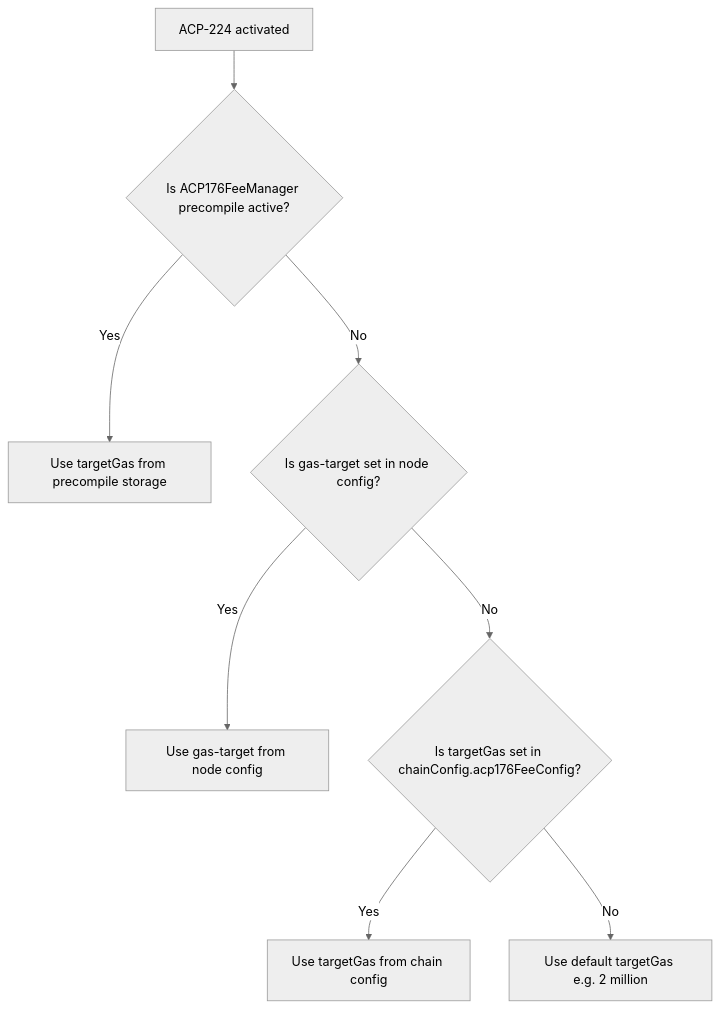
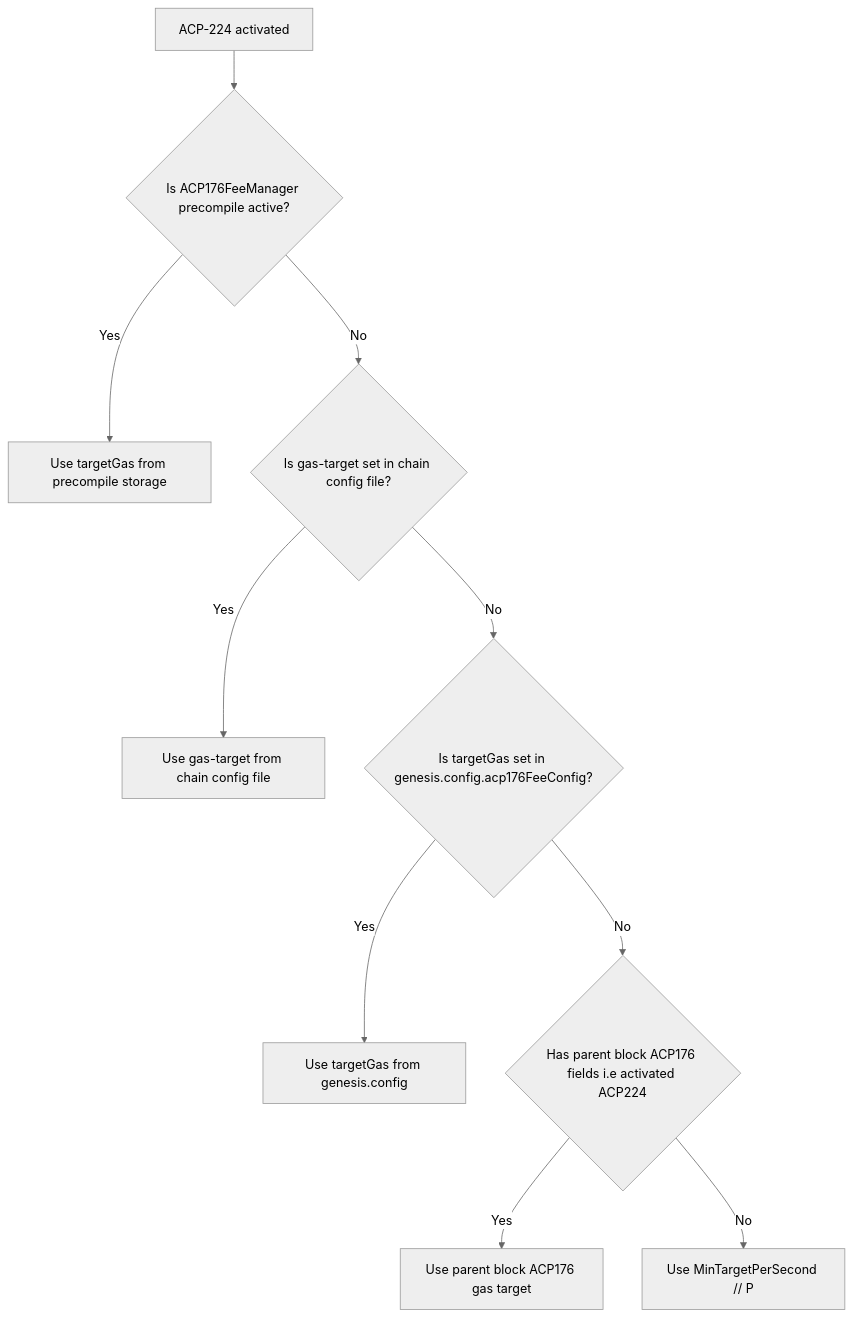
One commit to avalanche-foundation/ACPs changed the diagram in ACPs/224-dynamic-gas-limit-in-subnet-evm/README.md. Above: the diagram before and after it, drawn with Mermaid (neutral theme). The commit also changed other lines of this file, not shown here.

````diff
--- a/ACPs/224-dynamic-gas-limit-in-subnet-evm/README.md
+++ b/ACPs/224-dynamic-gas-limit-in-subnet-evm/README.md
@@ -181,14 +181,16 @@
 ```mermaid
 flowchart TD
     A[ACP-224 activated] --> B{Is ACP176FeeManager precompile active?}
 
     B -- Yes --> C[Use targetGas from precompile storage]
 
-    B -- No --> D{Is gas-target set in node config?}
-    D -- Yes --> E[Use gas-target from node config]
+    B -- No --> D{Is gas-target set in chain config file?}
+    D -- Yes --> E[Use gas-target from chain config file]
 
-    D -- No --> F{Is targetGas set in chainConfig.acp176FeeConfig?}
-    F -- Yes --> G[Use targetGas from chain config]
+    D -- No --> F{Is targetGas set in genesis.config.acp176FeeConfig?}
+    F -- Yes --> G[Use targetGas from genesis.config]
 
-    F -- No --> H[Use default targetGas e.g. 2 million]
+    F -- No --> H{Has parent block ACP176 fields i.e activated ACP224}
+    H -- Yes --> I[Use parent block ACP176 gas target]
+    H -- No --> J[Use MinTargetPerSecond // P]
 ```
````
